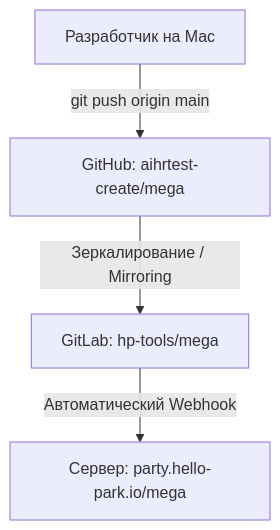
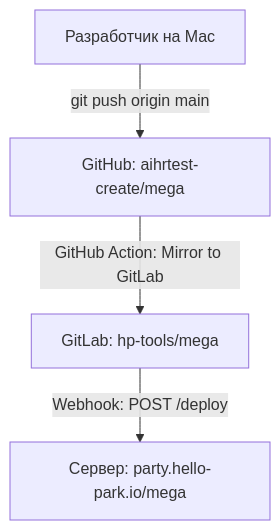
The diagram in docs/DEPLOYMENT.md (aihrtest-create/mega), drawn with Mermaid before and after one commit. The commit also changed other lines of this file and 19 other files, not shown here.

````diff
--- a/docs/DEPLOYMENT.md
+++ b/docs/DEPLOYMENT.md
@@ -9,6 +9,6 @@
 ```mermaid
 graph TD
     Local[Разработчик на Mac] -->|git push origin main| GH[GitHub: aihrtest-create/mega]
-    GH -->|Зеркалирование / Mirroring| GL[GitLab: hp-tools/mega]
-    GL -->|Автоматический Webhook| Server[Сервер: party.hello-park.io/mega]
+    GH -->|GitHub Action: Mirror to GitLab| GL[GitLab: hp-tools/mega]
+    GL -->|Webhook: POST /deploy| Server[Сервер: party.hello-park.io/mega]
 ```
````
